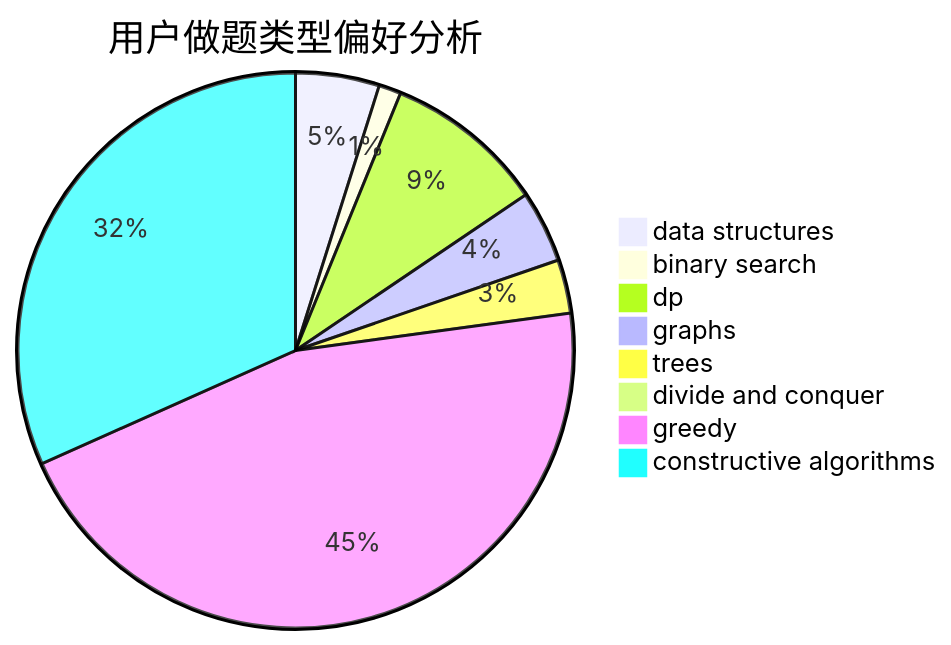
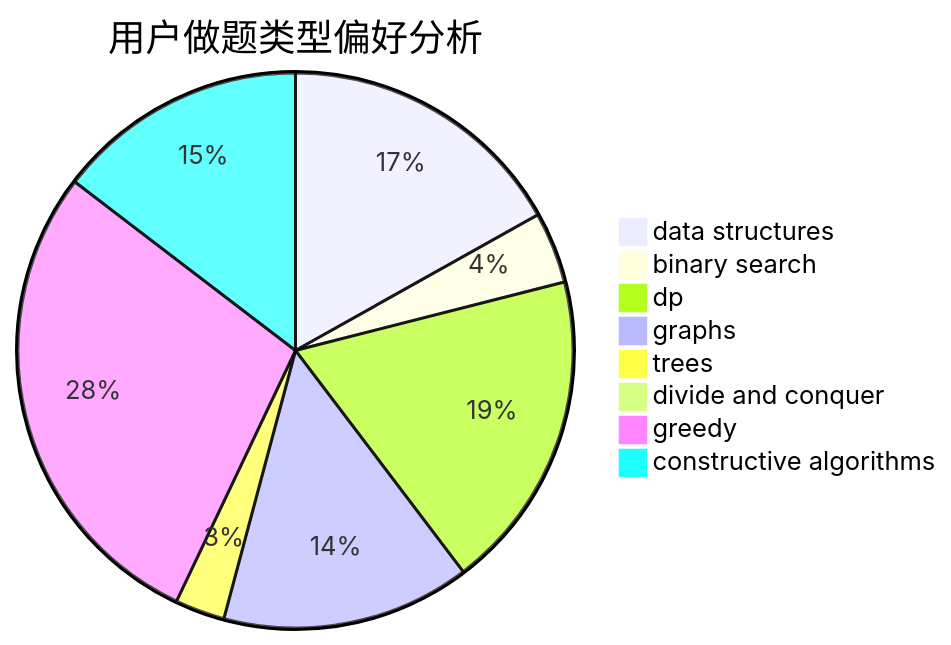
The second of 3 diagrams in docs/user/u1477.md (sherpahu/cfrs.github.io), drawn with Mermaid before and after one commit. The commit also changed other lines of this file and 2770 other files, not shown here.

````diff
--- a/docs/user/u1477.md
+++ b/docs/user/u1477.md
@@ -23,11 +23,11 @@
 ```mermaid
 pie title 用户做题类型偏好分析
-    "data structures" :  64
-    "binary search" :  17
-    "dp" :  123
-    "graphs" :  55
-    "trees" :  41
-    "divide and conquer" :  3
-    "greedy" :  597
-    "constructive algorithms" :  416
+    "data structures" :  134
+    "binary search" :  33
+    "dp" :  148
+    "graphs" :  115
+    "trees" :  23
+    "divide and conquer" :  0
+    "greedy" :  225
+    "constructive algorithms" :  116
 ```
````
